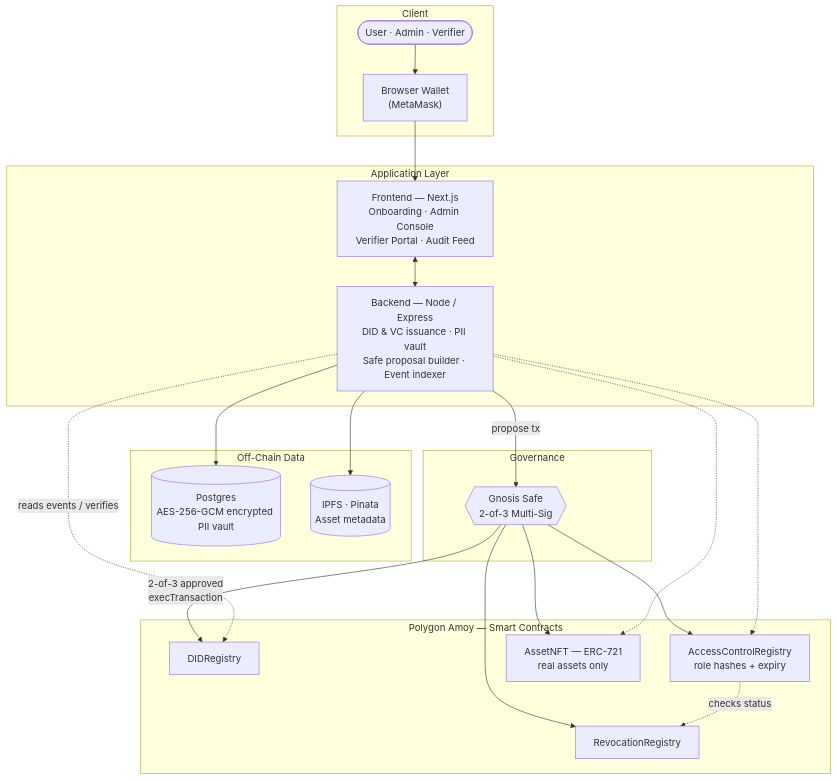
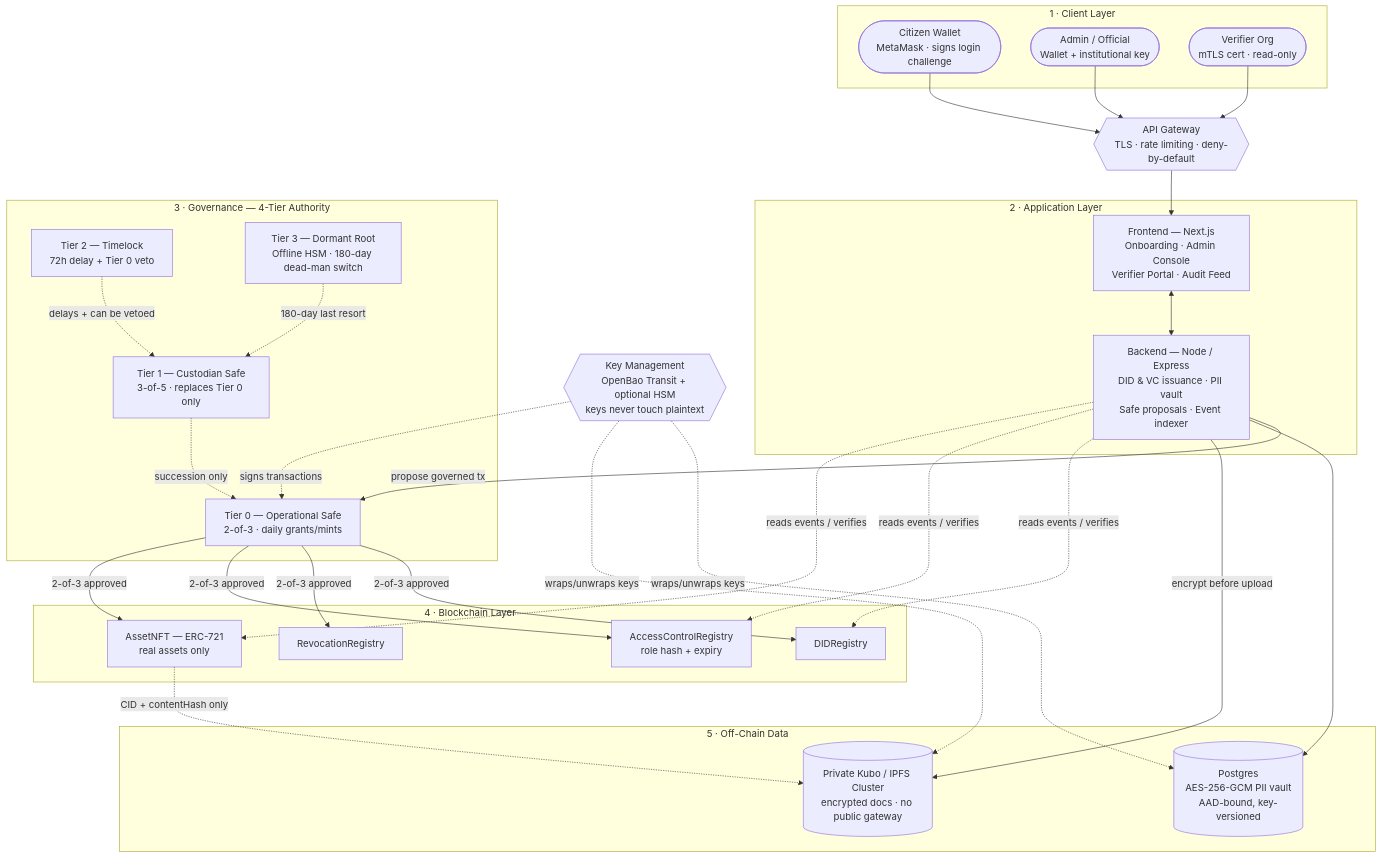
The first of 2 diagrams in README.md (nush1729/TrustMesh), drawn with Mermaid before and after one commit. The commit also changed other lines of this file, not shown here.

Commit message:
Update README: rename to Team Meow, rework architecture/security docs
Replaces the old single-tier architecture diagram with the current
4-tier governance model, adds a Security Architecture section, and
documents the decided EVM-to-Hyperledger-Fabric production migration
design.

````diff
--- a/README.md
+++ b/README.md
@@ -15,42 +15,51 @@
 ```mermaid
 flowchart TB
-    subgraph Client["Client"]
-        User(["User · Admin · Verifier"])
-        Wallet["Browser Wallet\n(MetaMask)"]
+    subgraph Client["1 · Client Layer"]
+        Cit(["Citizen Wallet\nMetaMask · signs login challenge"])
+        Adm(["Admin / Official\nWallet + institutional key"])
+        Ver(["Verifier Org\nmTLS cert · read-only"])
     end
 
-    subgraph App["Application Layer"]
+    GW{{"API Gateway\nTLS · rate limiting · deny-by-default"}}
+
+    subgraph App["2 · Application Layer"]
         FE["Frontend — Next.js\nOnboarding · Admin Console\nVerifier Portal · Audit Feed"]
-        BE["Backend — Node / Express\nDID & VC issuance · PII vault\nSafe proposal builder · Event indexer"]
+        BE["Backend — Node / Express\nDID & VC issuance · PII vault\nSafe proposals · Event indexer"]
     end
 
-    subgraph Data["Off-Chain Data"]
-        PG[("Postgres\nAES-256-GCM encrypted PII vault")]
-        IPFS[("IPFS · Pinata\nAsset metadata")]
+    subgraph Gov["3 · Governance — 4-Tier Authority"]
+        T0["Tier 0 — Operational Safe\n2-of-3 · daily grants/mints"]
+        T1["Tier 1 — Custodian Safe\n3-of-5 · replaces Tier 0 only"]
+        T2["Tier 2 — Timelock\n72h delay + Tier 0 veto"]
+        T3["Tier 3 — Dormant Root\nOffline HSM · 180-day dead-man switch"]
     end
 
-    subgraph Governance["Governance"]
-        SAFE{{"Gnosis Safe\n2-of-3 Multi-Sig"}}
-    end
-
-    subgraph Chain["Polygon Amoy — Smart Contracts"]
+    subgraph Chain["4 · Blockchain Layer"]
         DID["DIDRegistry"]
         REV["RevocationRegistry"]
-        ACR["AccessControlRegistry\nrole hashes + expiry"]
+        ACR["AccessControlRegistry\nrole hash + expiry"]
         NFT["AssetNFT — ERC-721\nreal assets only"]
     end
 
-    User --> Wallet --> FE
+    subgraph OffChain["5 · Off-Chain Data"]
+        PG[("Postgres\nAES-256-GCM PII vault\nAAD-bound, key-versioned")]
+        DOC[("Private Kubo / IPFS Cluster\nencrypted docs · no public gateway")]
+    end
+
+    KMS{{"Key Management\nOpenBao Transit + optional HSM\nkeys never touch plaintext"}}
+
+    Cit & Adm & Ver --> GW --> FE
     FE <--> BE
+    BE -- "propose governed tx" --> T0
+    T1 -.->|"succession only"| T0
+    T2 -.->|"delays + can be vetoed"| T1
+    T3 -.->|"180-day last resort"| T1
+    T0 -- "2-of-3 approved" --> DID & REV & ACR & NFT
     BE --> PG
-    BE --> IPFS
-    BE -- "propose tx" --> SAFE
-    SAFE -- "2-of-3 approved\nexecTransaction" --> DID
-    SAFE --> REV
-    SAFE --> ACR
-    SAFE --> NFT
-    ACR -. "checks status" .-> REV
-    BE -. "reads events / verifies" .-> DID
-    BE -.-> ACR
-    BE -.-> NFT
+    BE -- "encrypt before upload" --> DOC
+    NFT -. "CID + contentHash only" .-> DOC
+    KMS -. "wraps/unwraps keys" .-> PG
+    KMS -. "wraps/unwraps keys" .-> DOC
+    KMS -. "signs transactions" .-> T0
+    BE -. "reads events / verifies" .-> DID & ACR & NFT
 ```
````
